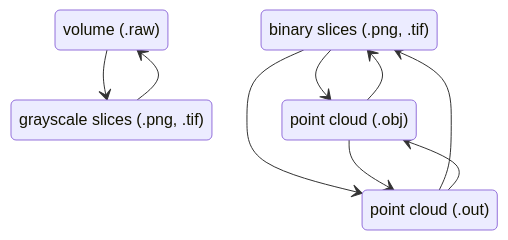
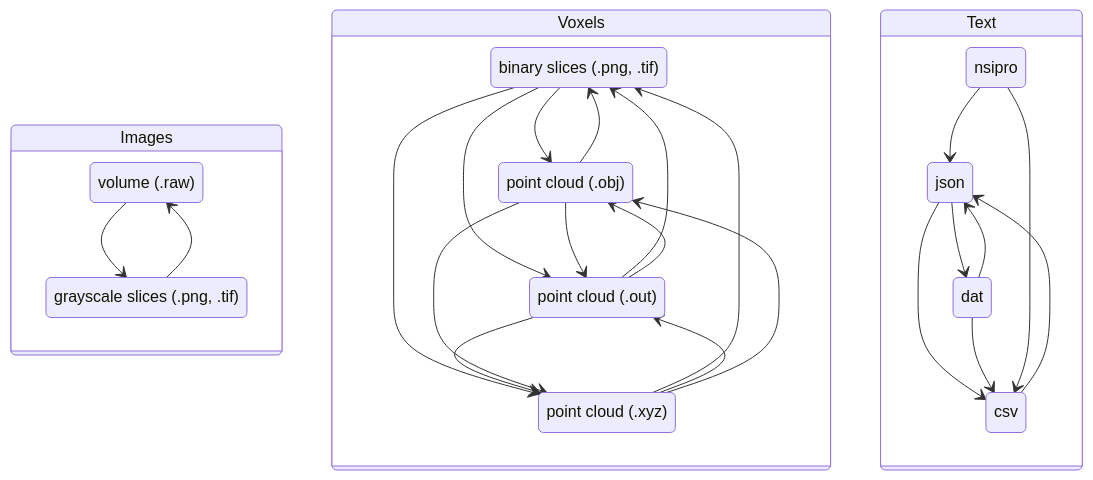
The diagram in USAGE.md (tparkerd/python-rawtools), drawn with Mermaid before and after one commit. The commit also changed other lines of this file, not shown here.

````diff
--- a/USAGE.md
+++ b/USAGE.md
@@ -17,21 +24,46 @@
 ```mermaid
 stateDiagram-v2
     r : volume (.raw)
     i : grayscale slices (.png, .tif)
     b : binary slices (.png, .tif)
     j : point cloud (.obj)
     o : point cloud (.out)
+    z : point cloud (.xyz)
+    s : json
+    c : csv
+    d : dat
+    n : nsipro
 
-    r --> i
-    i --> r
+    images : Images
+    state images {
+        r --> i
+        i --> r
+    }
 
-    b --> j
-    b --> o
-    
-    j --> b
-    j --> o
+    bimage : Voxels
+    state bimage {
+        b --> j
+        b --> o
+        b --> z
+        o --> b
+        o --> j
+        o --> z
+        j --> b
+        j --> o
+        j --> z
+        z --> b
+        z --> o
+        z --> j
+    }
 
-    o --> b
-    o --> j
-
+    txt : Text
+    state txt {
+        s --> c
+        s --> d
+        d --> c
+        d --> s
+        c --> s
+        n --> s
+        n --> c
+    }
 ```
````
